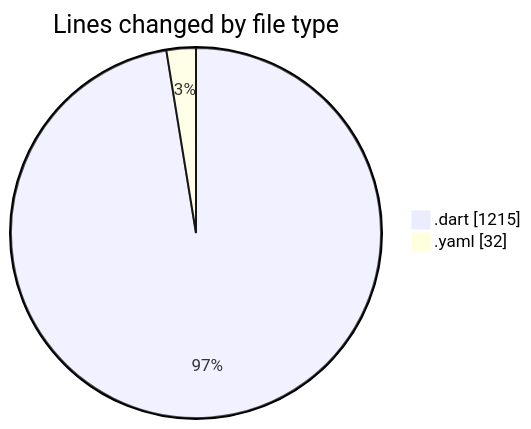
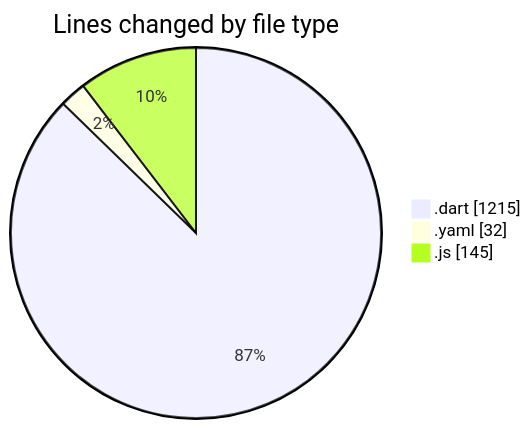
The first of 2 diagrams in 2025-07-30/appproject/README.md (lephambinh05/code-tracking), drawn with Mermaid before and after one commit. The commit also changed other lines of this file and 1 other file, not shown here.

````diff
--- a/2025-07-30/appproject/README.md
+++ b/2025-07-30/appproject/README.md
@@ -27,6 +29,7 @@
 ```mermaid
 pie showData
 title Lines changed by file type
 ".dart" : 1215
 ".yaml" : 32
+".js" : 145
 ```
````
